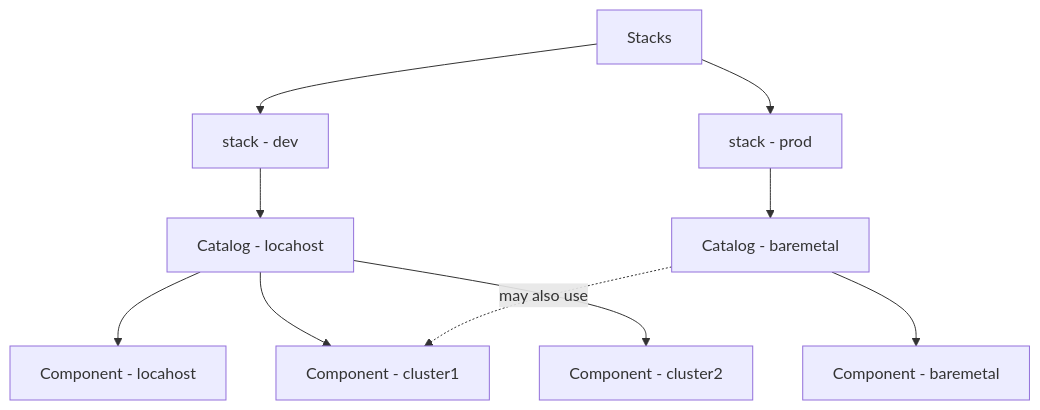
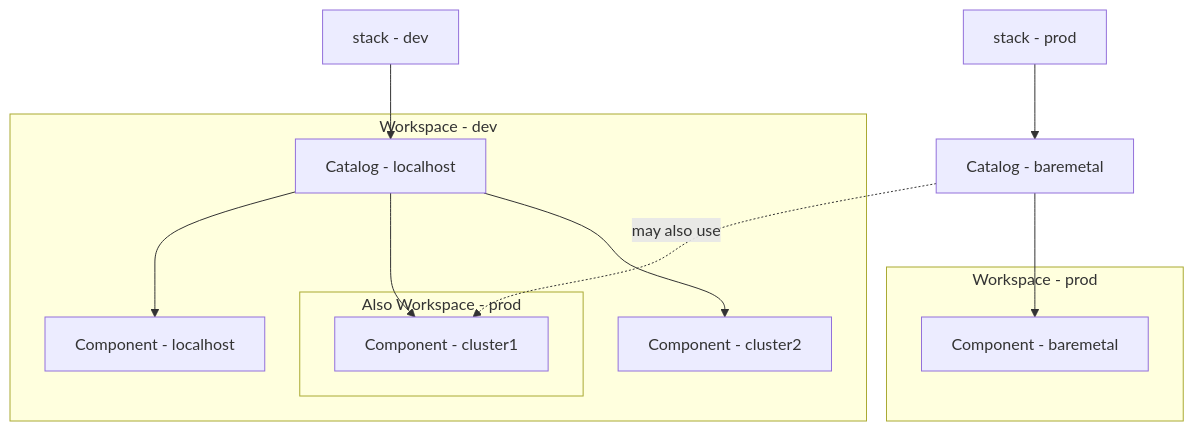
One commit to zloeber/tofu-exploration changed the second of 2 diagrams in README.md. Above: the diagram before and after it, drawn with Mermaid. The commit also changed 7 other files, not shown here.

````diff
--- a/README.md
+++ b/README.md
@@ -82,12 +82,23 @@
 ```mermaid
 flowchart TD
-    Stacks --> stack1[stack - dev]
-    Stacks --> stack2[stack - prod]
-    stack1 --> Catalog[Catalog - locahost]
+    stack1[stack - dev]
+    stack2[stack - prod]
+    Catalog[Catalog - localhost]
+    stack1 --> Catalog[Catalog - localhost]
     stack2 --> CatalogBM[Catalog - baremetal]
-    CatalogBM --> compBM1[Component - baremetal]
-    Catalog --> comp1[Component - locahost]
-    Catalog --> comp2[Component - cluster1]
-    Catalog --> comp3[Component - cluster2]
+    subgraph workspace2b[Workspace - prod]
+        compBM1[Component - baremetal]
+    end
+    subgraph workspace1[Workspace - dev]
+        subgraph workspace2[Also Workspace - prod]
+            comp2[Component - cluster1]
+        end
+        Catalog --> comp1[Component - localhost]
+        Catalog --> comp2
+
+        Catalog --> comp3[Component - cluster2]
+    end
+
+    CatalogBM --> compBM1
     CatalogBM -.->|may also use|comp2
 ```
````
